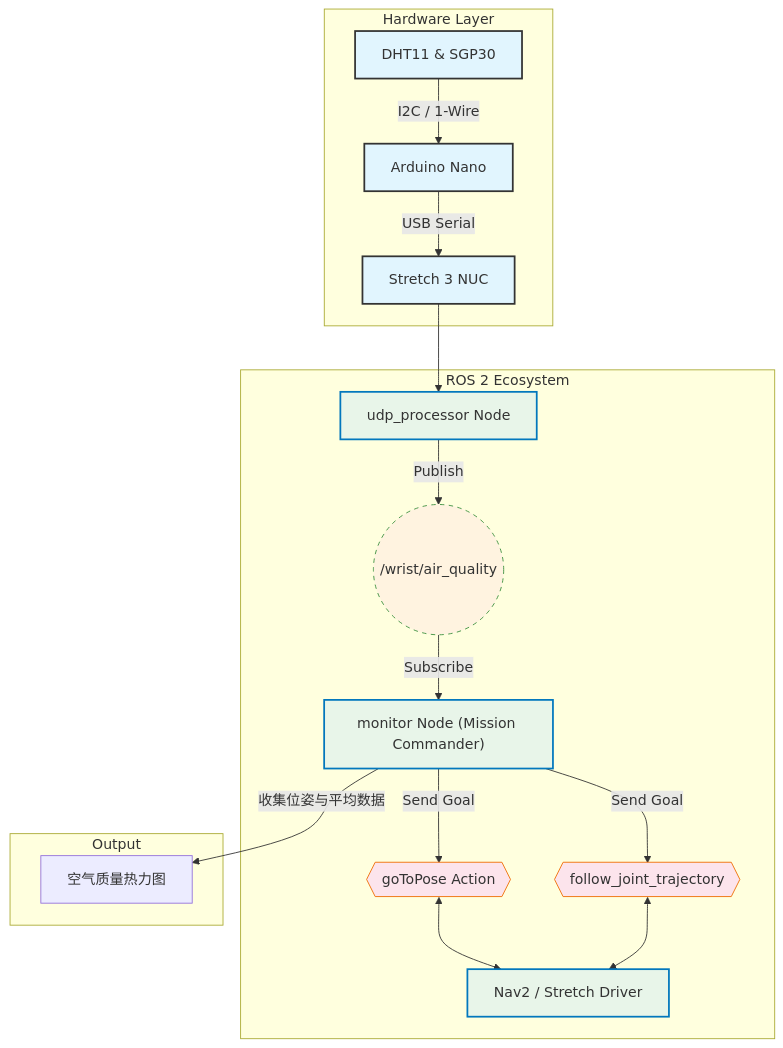
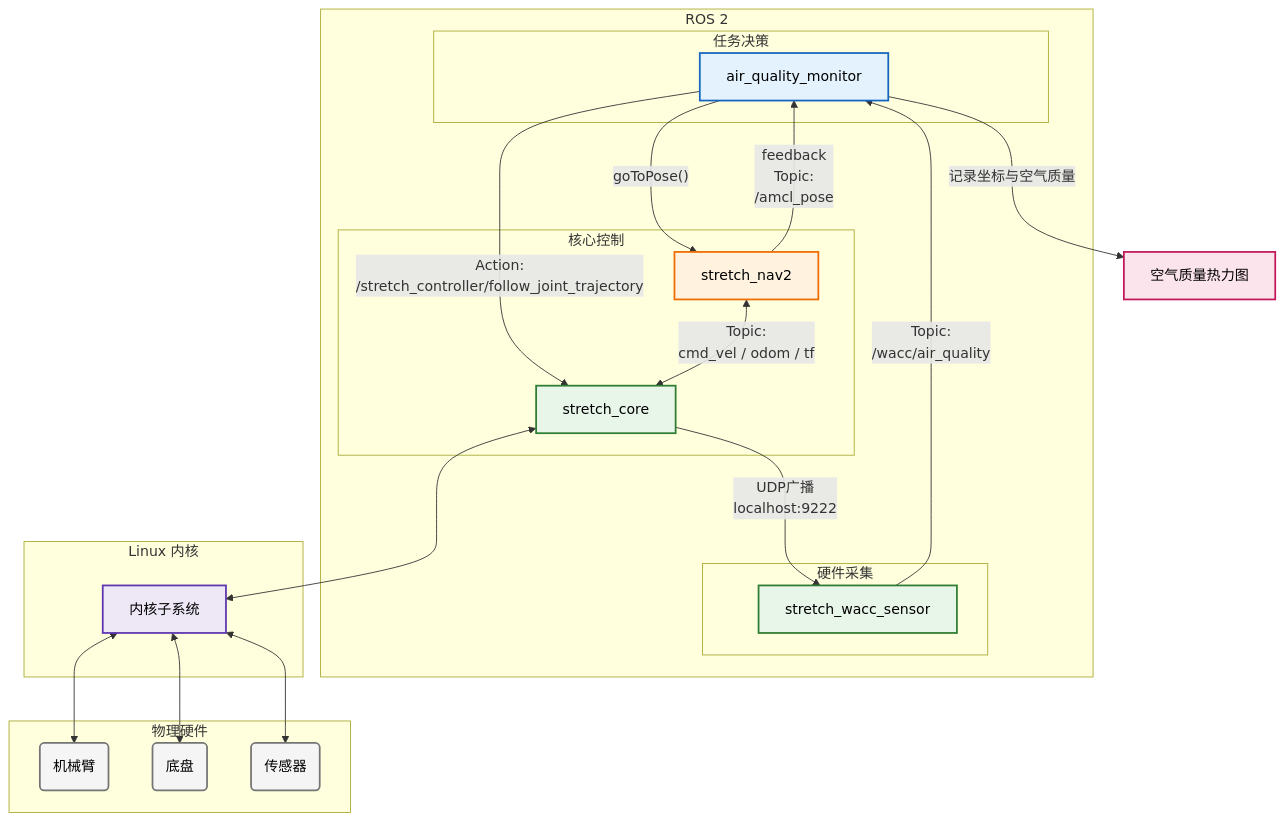
One commit to New-Wheat/Stretch_air_quality_monitor changed the diagram in README.md. Above: the diagram before and after it, drawn with Mermaid. The commit also changed other lines of this file, not shown here.

Commit message:
README: Update mermaid graph

````diff
--- a/README.md
+++ b/README.md
@@ -203,50 +203,60 @@
 ```mermaid
 graph TD
-    %% 定义样式
-    classDef hardware fill:#e1f5fe,stroke:#333,stroke-width:2px;
-    classDef rosnode fill:#e8f5e9,stroke:#0277bd,stroke-width:2px;
-    classDef topic fill:#fff3e0,stroke:#388e3c,stroke-width:1px,stroke-dasharray: 5 5;
-    classDef action fill:#fce4ec,stroke:#ef6c00,stroke-width:1px;
+    classDef app fill:#e3f2fd,stroke:#1565c0,stroke-width:2px,color:#000;
+    classDef out fill:#fce4ec,stroke:#c2185b,stroke-width:2px,color:#000;
+    classDef nav fill:#fff3e0,stroke:#ef6c00,stroke-width:2px,color:#000;
+    classDef driver fill:#e8f5e9,stroke:#2e7d32,stroke-width:2px,color:#000;
+    classDef hw fill:#f5f5f5,stroke:#757575,stroke-width:2px,color:#000;
+    classDef kernel fill:#ede7f6,stroke:#5e35b1,stroke-width:2px,color:#000;
 
-    %% 硬件层
-    subgraph Hardware Layer
-        S1["DHT11 & SGP30"] -->|"I2C / 1-Wire"| MCU["Arduino Nano"]
-        MCU -->|"USB Serial"| NUC["Stretch 3 NUC"]
+    G["空气质量热力图"]
+
+    subgraph ROS2["ROS 2"]
+        
+        subgraph Layer1["任务决策"]
+            F["air_quality_monitor"]
+        end
+
+        subgraph Layer2["硬件采集"]
+            H["stretch_wacc_sensor"]
+        end
+
+        subgraph Layer3["核心控制"]
+            E["stretch_nav2"]
+            D["stretch_core"]
+        end
+
     end
-    class S1,MCU,NUC hardware;
 
-    %% ROS 2 层
-    subgraph ROS 2 Ecosystem
-        UDP["udp_processor Node"]
-        MONITOR["monitor Node (Mission Commander)"]
-        NAV["Nav2 / Stretch Driver"]
-        
-        %% 话题与动作
-        MSG_AQ(("/wrist/air_quality"))
-        ACT_NAV{{"goToPose Action"}}
-        ACT_ARM{{"follow_joint_trajectory"}}
+    subgraph Kernel["Linux 内核"]
+        K["内核子系统"]
+    end
 
-        %% 连接关系
-        NUC --> UDP
-        UDP -->|"Publish"| MSG_AQ
-        MSG_AQ -->|"Subscribe"| MONITOR
+    subgraph Hardware["物理硬件"]
+        A("机械臂")
+        B("底盘")
+        C("传感器")
+    end
 
-        MONITOR -->|"Send Goal"| ACT_NAV
-        ACT_NAV <--> NAV
-        
-        MONITOR -->|"Send Goal"| ACT_ARM
-        ACT_ARM <--> NAV
-    end
-    
-    %% 应用样式
-    class UDP,MONITOR,NAV rosnode;
-    class MSG_AQ topic;
-    class ACT_NAV,ACT_ARM action;
+    F -->|"goToPose()"| E
+    F -->|"Action:<br>/stretch_controller/follow_joint_trajectory"| D
+    F -->|"记录坐标与空气质量"| G
 
-    %% 输出层
-    subgraph Output
-        HEATMAP["空气质量热力图"]
-        
-        MONITOR -->|"收集位姿与平均数据"| HEATMAP
-    end
+    E <-->|"Topic:<br>cmd_vel / odom / tf"| D
+    D -->|"UDP广播<br>localhost:9222"| H
+
+    E -->|"feedback<br>Topic:<br>/amcl_pose"| F
+    H -->|"Topic:<br>/wacc/air_quality"| F
+
+    D <--> K
+    K <--> A
+    K <--> B
+    K <--> C
+
+    class F app;
+    class G out;
+    class E nav;
+    class D,H driver;
+    class A,B,C hw;
+    class K kernel;
 ```
````
